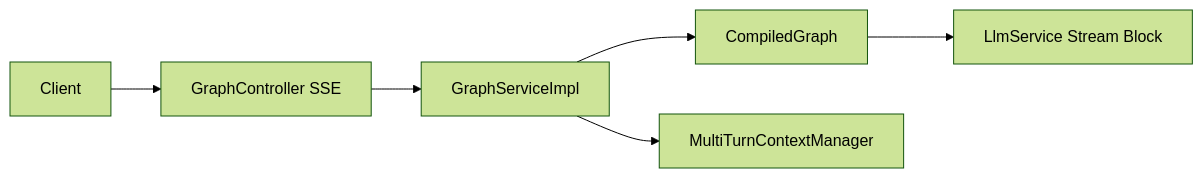
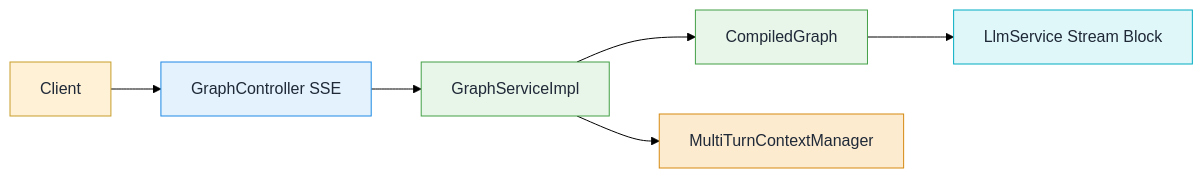
Diagram 11 of 18 in README.md (spring-ai-alibaba/DataAgent), drawn with Mermaid (forest theme) before and after one commit. The commit also changed other lines of this file, not shown here.

Commit message:
refactor: update README with improved diagram formatting and class definitions for better clarity

````diff
--- a/README.md
+++ b/README.md
@@ -251,8 +326,20 @@
 ```mermaid
 flowchart LR
   Client --> SSE[GraphController SSE]
   SSE --> GraphSvc[GraphServiceImpl]
   GraphSvc --> Graph[CompiledGraph]
   GraphSvc --> Ctx[MultiTurnContextManager]
   Graph --> LLM[LlmService Stream Block]
+
+  classDef client fill:#FFF1D6,stroke:#C79D2B,stroke-width:1px,color:#1F2937;
+  classDef api fill:#E3F2FD,stroke:#1E88E5,stroke-width:1px,color:#1F2937;
+  classDef service fill:#E8F5E9,stroke:#43A047,stroke-width:1px,color:#1F2937;
+  classDef data fill:#FDEBD0,stroke:#D68910,stroke-width:1px,color:#1F2937;
+  classDef llm fill:#E0F7FA,stroke:#00ACC1,stroke-width:1px,color:#1F2937;
+
+  class Client client
+  class SSE api
+  class GraphSvc,Graph service
+  class Ctx data
+  class LLM llm
 ```
````
